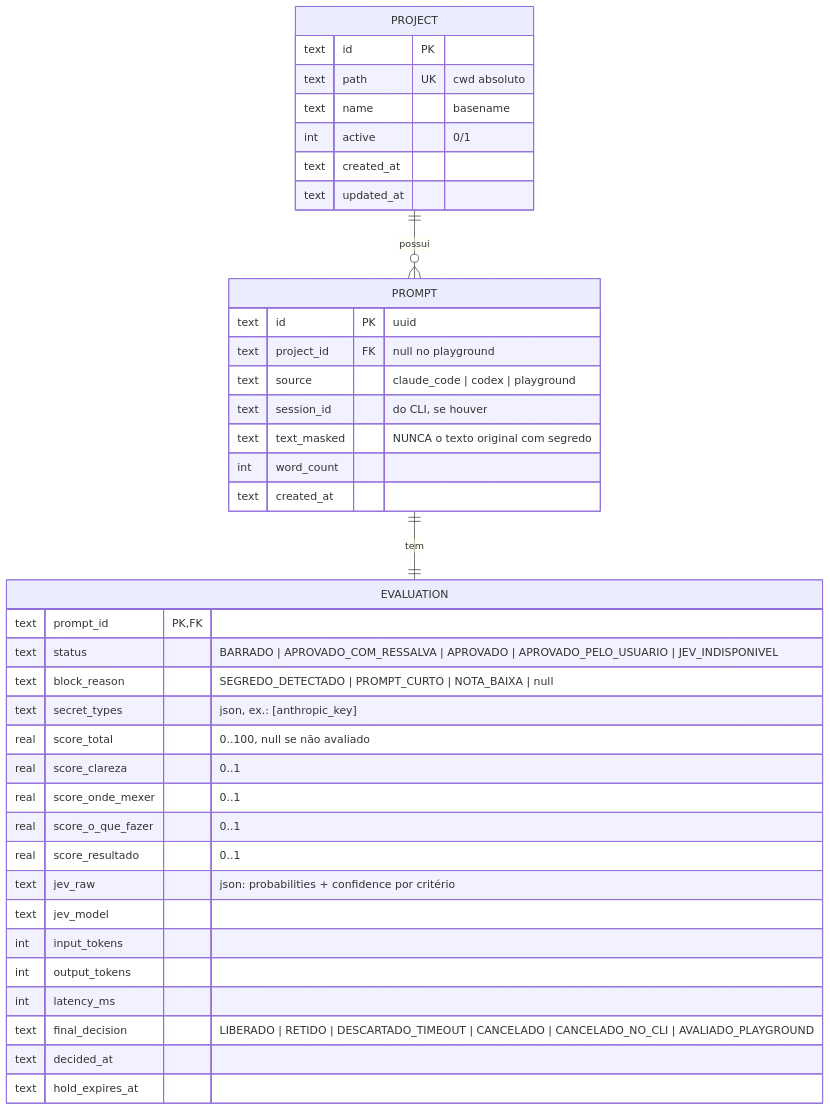
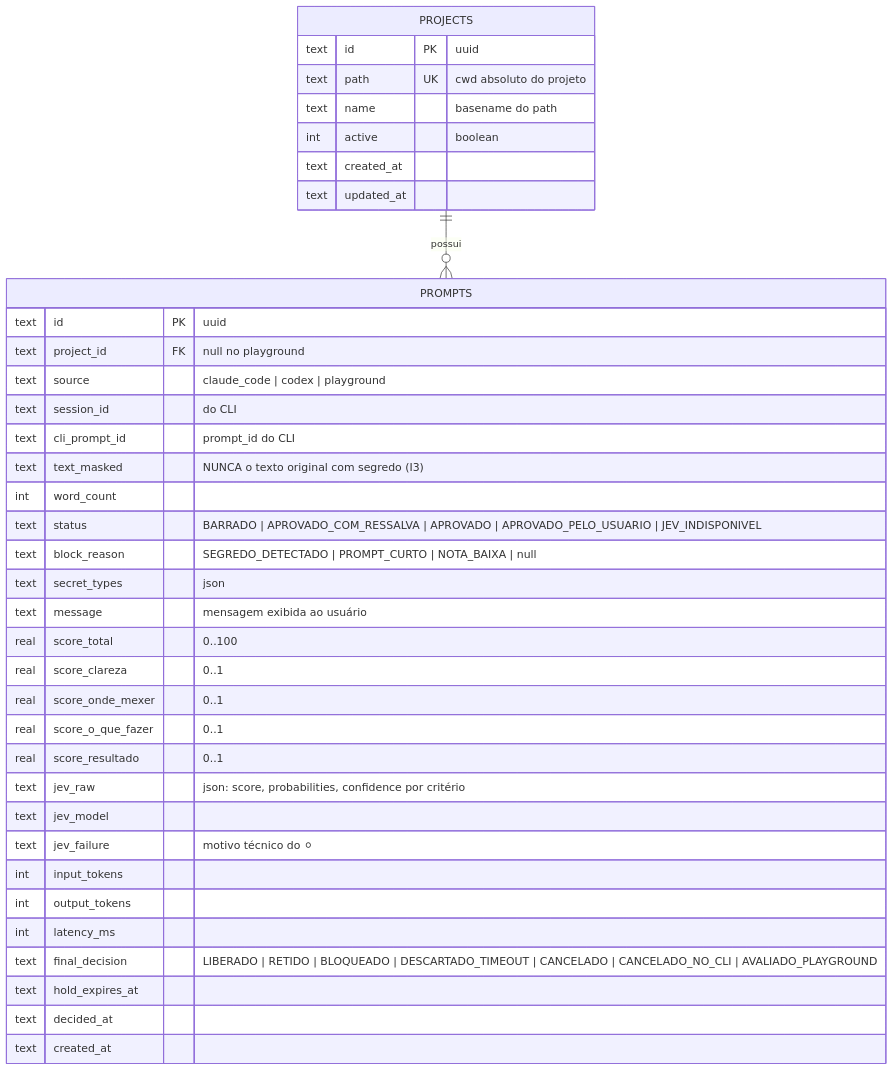
The diagram in vault/03_ARCHITECTURE/DATA_MODEL.md (daniilooo/guardIAn), drawn with Mermaid before and after one commit. The commit also changed other lines of this file and 33 other files, not shown here.

````diff
--- a/vault/03_ARCHITECTURE/DATA_MODEL.md
+++ b/vault/03_ARCHITECTURE/DATA_MODEL.md
@@ -3,41 +5,40 @@
 ```mermaid
 erDiagram
-  PROJECT ||--o{ PROMPT : possui
-  PROMPT ||--|| EVALUATION : tem
-  PROJECT {
-    text id PK
-    text path UK "cwd absoluto"
-    text name "basename"
-    int active "0/1"
+  PROJECTS ||--o{ PROMPTS : possui
+  PROJECTS {
+    text id PK "uuid"
+    text path UK "cwd absoluto do projeto"
+    text name "basename do path"
+    int active "boolean"
     text created_at
     text updated_at
   }
-  PROMPT {
+  PROMPTS {
     text id PK "uuid"
     text project_id FK "null no playground"
     text source "claude_code | codex | playground"
-    text session_id "do CLI, se houver"
-    text text_masked "NUNCA o texto original com segredo"
+    text session_id "do CLI"
+    text cli_prompt_id "prompt_id do CLI"
+    text text_masked "NUNCA o texto original com segredo (I3)"
     int word_count
-    text created_at
-  }
-  EVALUATION {
-    text prompt_id PK,FK
     text status "BARRADO | APROVADO_COM_RESSALVA | APROVADO | APROVADO_PELO_USUARIO | JEV_INDISPONIVEL"
     text block_reason "SEGREDO_DETECTADO | PROMPT_CURTO | NOTA_BAIXA | null"
-    text secret_types "json, ex.: [anthropic_key]"
-    real score_total "0..100, null se não avaliado"
+    text secret_types "json"
+    text message "mensagem exibida ao usuário"
+    real score_total "0..100"
     real score_clareza "0..1"
     real score_onde_mexer "0..1"
     real score_o_que_fazer "0..1"
     real score_resultado "0..1"
-    text jev_raw "json: probabilities + confidence por critério"
+    text jev_raw "json: score, probabilities, confidence por critério"
     text jev_model
+    text jev_failure "motivo técnico do ⚪"
     int input_tokens
     int output_tokens
     int latency_ms
-    text final_decision "LIBERADO | RETIDO | DESCARTADO_TIMEOUT | CANCELADO | CANCELADO_NO_CLI | AVALIADO_PLAYGROUND"
+    text final_decision "LIBERADO | RETIDO | BLOQUEADO | DESCARTADO_TIMEOUT | CANCELADO | CANCELADO_NO_CLI | AVALIADO_PLAYGROUND"
+    text hold_expires_at
     text decided_at
-    text hold_expires_at
+    text created_at
   }
 ```
````
